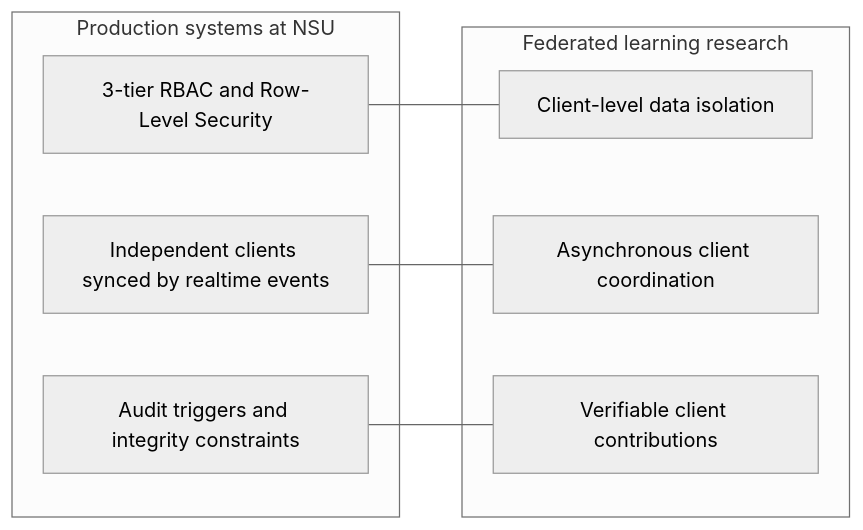
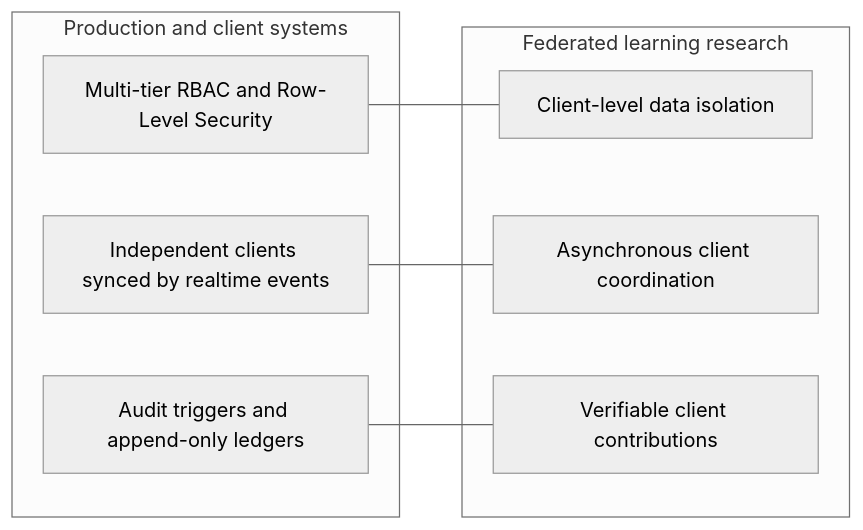
The first of 7 diagrams in README.md (almahmudpias/almahmudpias), drawn with Mermaid (neutral theme) before and after one commit. The commit also changed other lines of this file, not shown here.

````diff
--- a/README.md
+++ b/README.md
@@ -34,16 +48,16 @@
 ```mermaid
 flowchart LR
-  subgraph S["Production systems at NSU"]
-    A["3-tier RBAC and Row-Level Security"]
+  subgraph S["Production and client systems"]
+    A["Multi-tier RBAC and Row-Level Security"]
     B["Independent clients synced by realtime events"]
-    C["Audit triggers and integrity constraints"]
+    C["Audit triggers and append-only ledgers"]
   end
   subgraph R["Federated learning research"]
     D["Client-level data isolation"]
     E["Asynchronous client coordination"]
     F["Verifiable client contributions"]
   end
   A --- D
   B --- E
   C --- F
 ```
````
